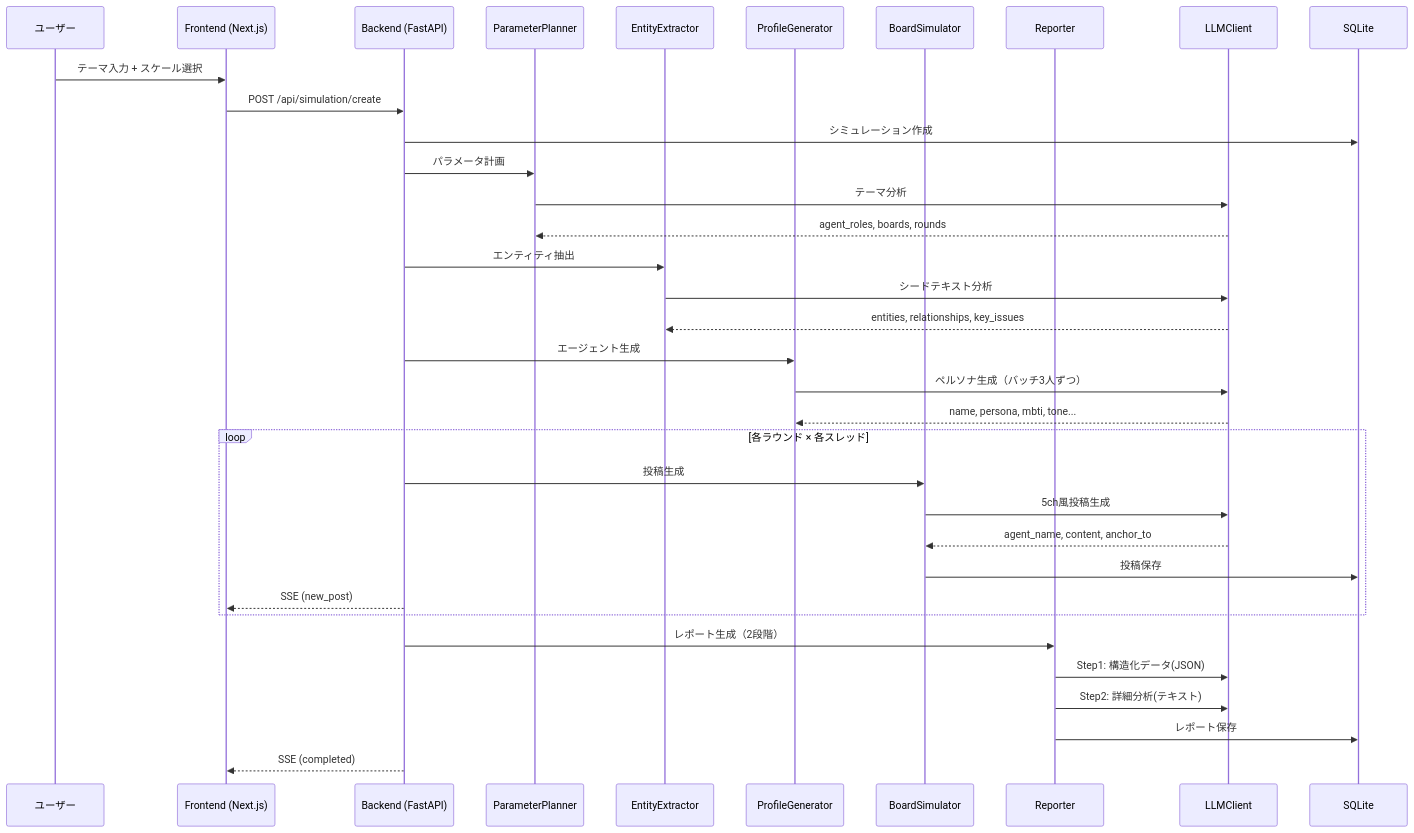
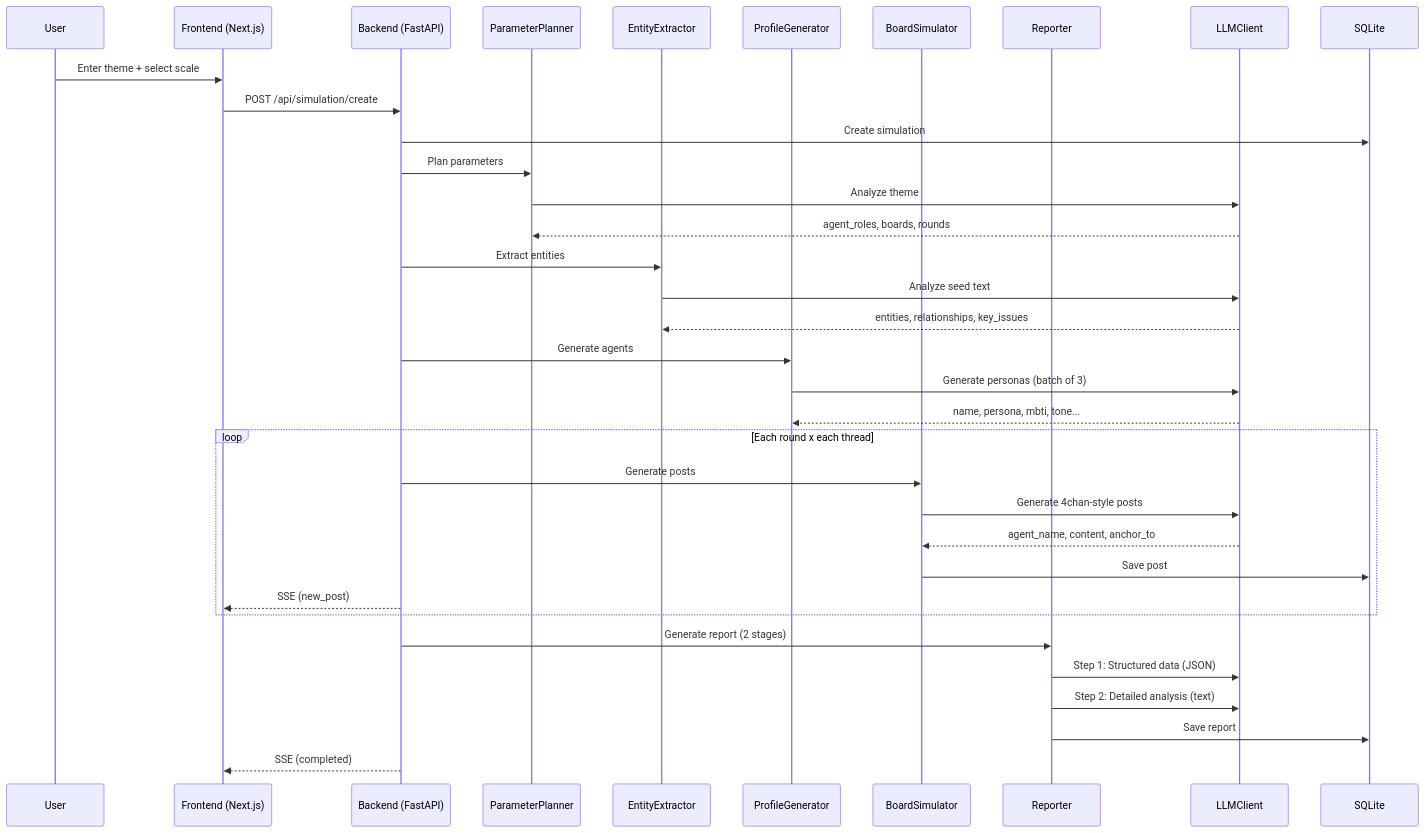
One commit to tak633b/41chan changed the diagram in docs/architecture.md. Above: the diagram before and after it, drawn with Mermaid. The commit also changed other lines of this file and 34 other files, not shown here.

````diff
--- a/docs/architecture.md
+++ b/docs/architecture.md
@@ -9,43 +9,43 @@
 ```mermaid
 sequenceDiagram
-    participant U as ユーザー
+    participant U as User
     participant FE as Frontend (Next.js)
     participant API as Backend (FastAPI)
     participant PP as ParameterPlanner
     participant EE as EntityExtractor
     participant PG as ProfileGenerator
     participant BS as BoardSimulator
     participant RP as Reporter
     participant LLM as LLMClient
     participant DB as SQLite
 
-    U->>FE: テーマ入力 + スケール選択
+    U->>FE: Enter theme + select scale
     FE->>API: POST /api/simulation/create
-    API->>DB: シミュレーション作成
+    API->>DB: Create simulation
 
-    API->>PP: パラメータ計画
-    PP->>LLM: テーマ分析
+    API->>PP: Plan parameters
+    PP->>LLM: Analyze theme
     LLM-->>PP: agent_roles, boards, rounds
 
-    API->>EE: エンティティ抽出
-    EE->>LLM: シードテキスト分析
+    API->>EE: Extract entities
+    EE->>LLM: Analyze seed text
     LLM-->>EE: entities, relationships, key_issues
 
-    API->>PG: エージェント生成
-    PG->>LLM: ペルソナ生成（バッチ3人ずつ）
+    API->>PG: Generate agents
+    PG->>LLM: Generate personas (batch of 3)
     LLM-->>PG: name, persona, mbti, tone...
 
-    loop 各ラウンド × 各スレッド
-        API->>BS: 投稿生成
-        BS->>LLM: 5ch風投稿生成
+    loop Each round x each thread
+        API->>BS: Generate posts
+        BS->>LLM: Generate 4chan-style posts
         LLM-->>BS: agent_name, content, anchor_to
-        BS->>DB: 投稿保存
+        BS->>DB: Save post
         API-->>FE: SSE (new_post)
     end
 
-    API->>RP: レポート生成（2段階）
-    RP->>LLM: Step1: 構造化データ(JSON)
-    RP->>LLM: Step2: 詳細分析(テキスト)
-    RP->>DB: レポート保存
+    API->>RP: Generate report (2 stages)
+    RP->>LLM: Step 1: Structured data (JSON)
+    RP->>LLM: Step 2: Detailed analysis (text)
+    RP->>DB: Save report
     API-->>FE: SSE (completed)
 ```
````
